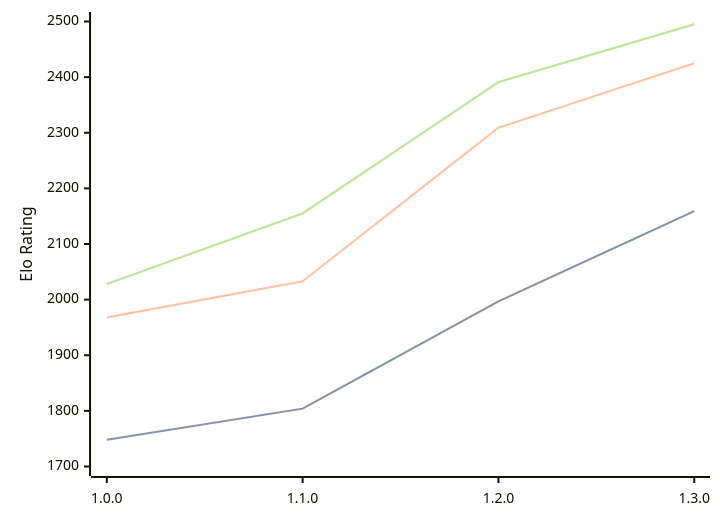
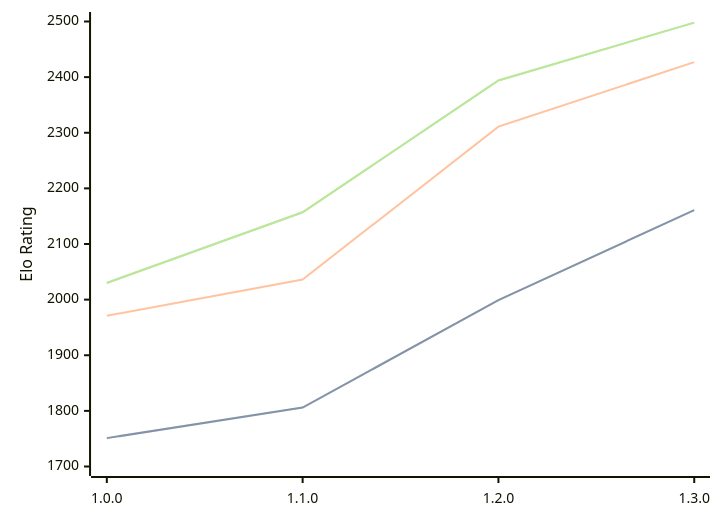
One commit to computer-chess-index/cci changed the diagram in engines/Anodos.md. Above: the diagram before and after it, drawn with Mermaid. The commit also changed other lines of this file, not shown here.

Commit message:
Update CCI Ratings (ELO VLTC) - 2026-09-24

````diff
--- a/engines/Anodos.md
+++ b/engines/Anodos.md
@@ -34,11 +34,11 @@
 ```mermaid
 %%{init: {"theme":"base","themeVariables":{"seriesColors:['#a3a3a3','#222221','#faa371']}}}%%
 xychart-beta
   x-axis ["1.0.0", "1.1.0", "1.2.0", "1.3.0"]
   y-axis "Elo Rating" 1700 --> 2500
-  line "" [1748, 1804, 1997, 2159]
-  line "STC (8.0+0.08s)" [1748, 1804, 1997, 2159]
-  line "LTC (60.0+0.60s)" [1968, 2033, 2309, 2425]
-  line "" [2028, 2155, 2391, 2495]
-  line "VLTC (2m24s+1.12s)" [2028, 2155, 2391, 2495]
+  line "" [1751, 1806, 1999, 2161]
+  line "STC (8.0+0.08s)" [1751, 1806, 1999, 2161]
+  line "LTC (60.0+0.60s)" [1971, 2036, 2311, 2427]
+  line "" [2030, 2157, 2394, 2498]
+  line "VLTC (2m24s+1.12s)" [2030, 2157, 2394, 2498]
 ```
````
